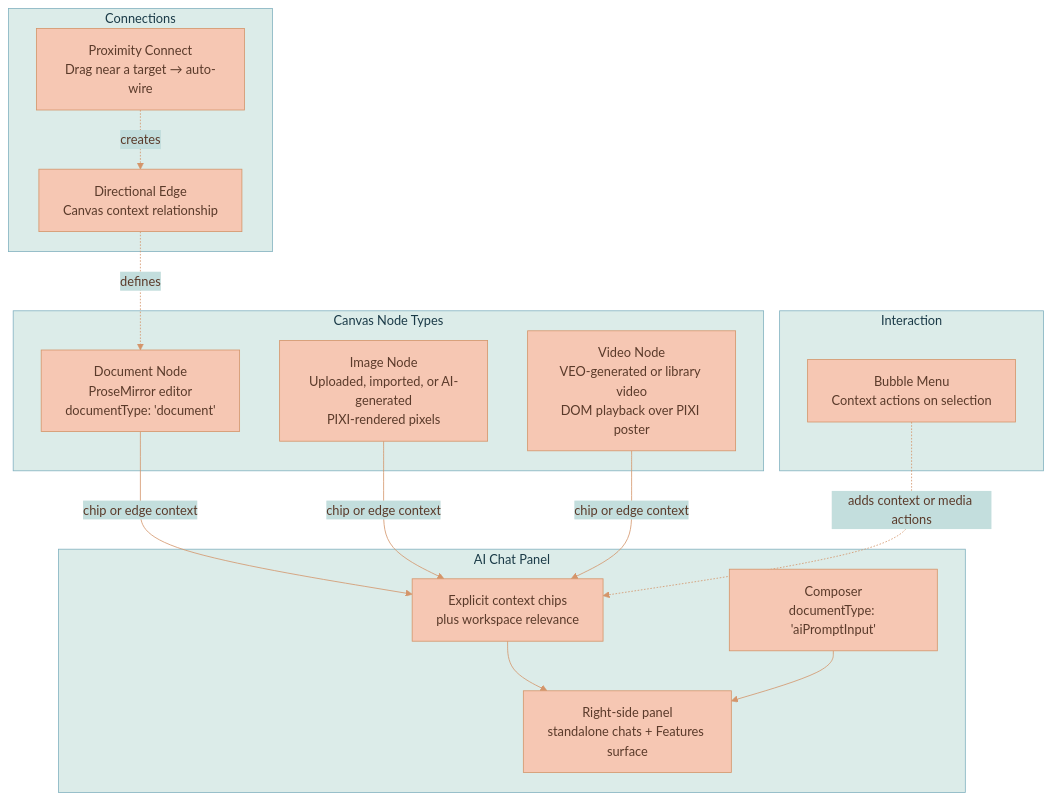
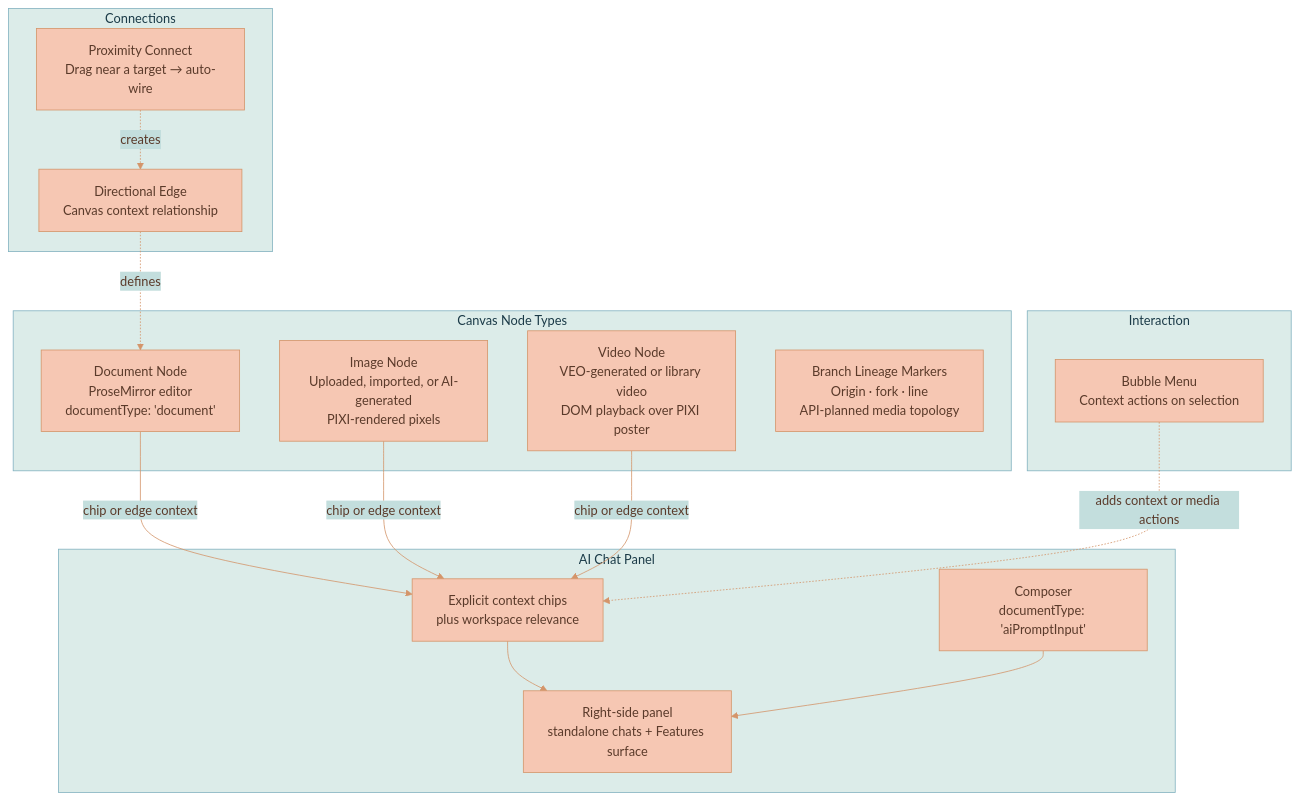
Before and after one commit to Lixpi/lixpi: the first of 7 diagrams in documentation/PRODUCT-OVERVIEW.md, drawn with Mermaid. The commit also changed other lines of this file and 61 other files, not shown here.

````diff
--- a/documentation/PRODUCT-OVERVIEW.md
+++ b/documentation/PRODUCT-OVERVIEW.md
@@ -23,33 +23,34 @@
 ```mermaid
 %%{init: {'theme': 'base', 'themeVariables': { 'primaryColor': '#F6C7B3', 'primaryTextColor': '#5a3a2a', 'primaryBorderColor': '#d4956a', 'secondaryColor': '#C3DEDD', 'secondaryTextColor': '#1a3a47', 'secondaryBorderColor': '#4a8a9d', 'tertiaryColor': '#DCECE9', 'tertiaryTextColor': '#1a3a47', 'tertiaryBorderColor': '#82B2C0', 'lineColor': '#d4956a', 'textColor': '#5a3a2a'}}}%%
 graph TB
     subgraph "Canvas Node Types"
         Doc[Document Node<br/>ProseMirror editor<br/>documentType: 'document']
         Img[Image Node<br/>Uploaded, imported, or AI-generated<br/>PIXI-rendered pixels]
         Vid[Video Node<br/>VEO-generated or library video<br/>DOM playback over PIXI poster]
+        Branch[Branch Lineage Markers<br/>Origin · fork · line<br/>API-planned media topology]
     end
 
     subgraph "AI Chat Panel"
         Panel[Right-side panel<br/>standalone chats + Features surface]
         Chips[Explicit context chips<br/>plus workspace relevance]
         Composer[Composer<br/>documentType: 'aiPromptInput']
     end
 
     subgraph "Connections"
         Edge[Directional Edge<br/>Canvas context relationship]
         Prox[Proximity Connect<br/>Drag near a target → auto-wire]
     end
 
     subgraph "Interaction"
         Bubble[Bubble Menu<br/>Context actions on selection]
     end
 
     Doc -->|chip or edge context| Chips
     Img -->|chip or edge context| Chips
     Vid -->|chip or edge context| Chips
     Chips --> Panel
     Composer --> Panel
     Edge -.->|defines| Doc
     Prox -.->|creates| Edge
     Bubble -.->|adds context or media actions| Chips
 ```
````
